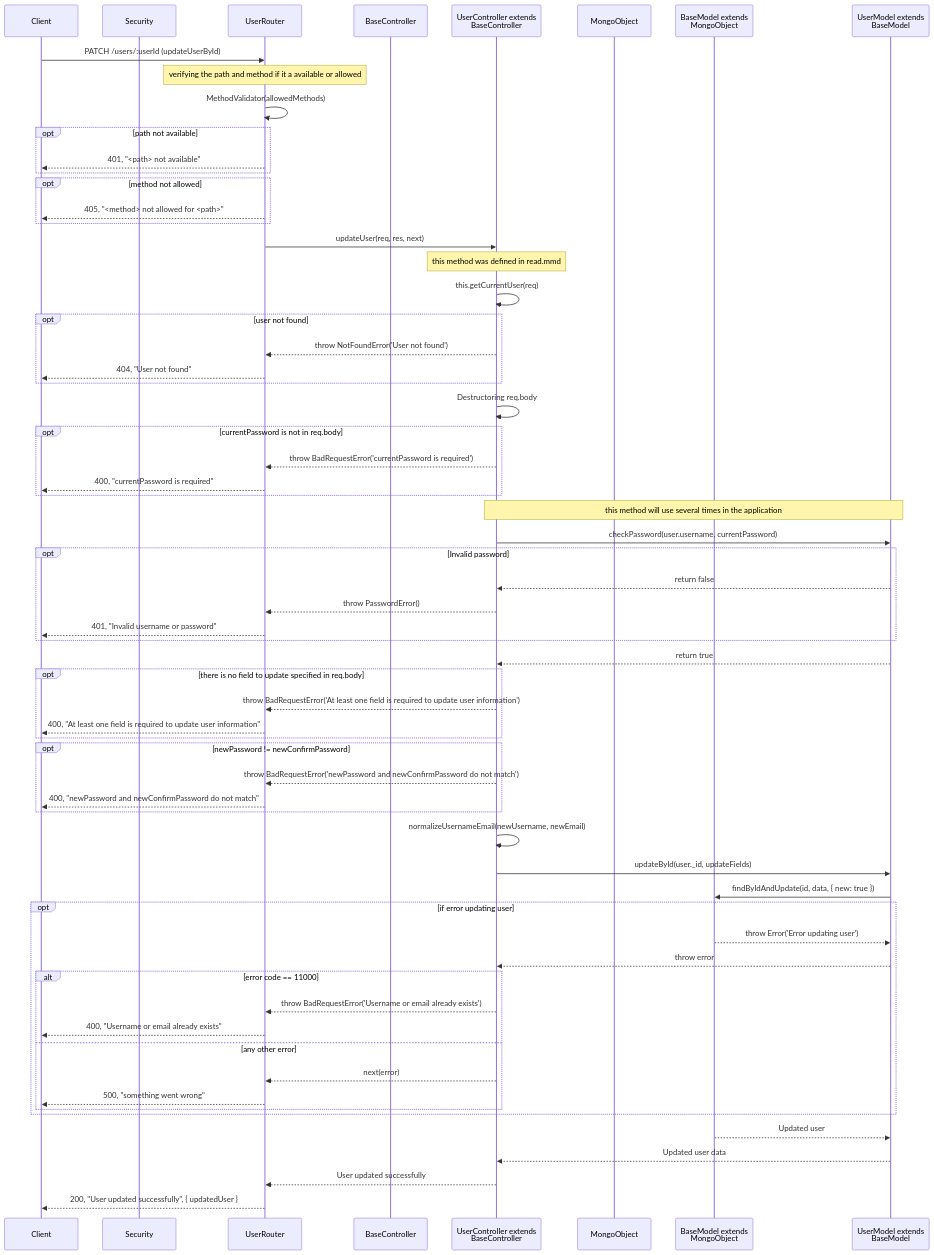
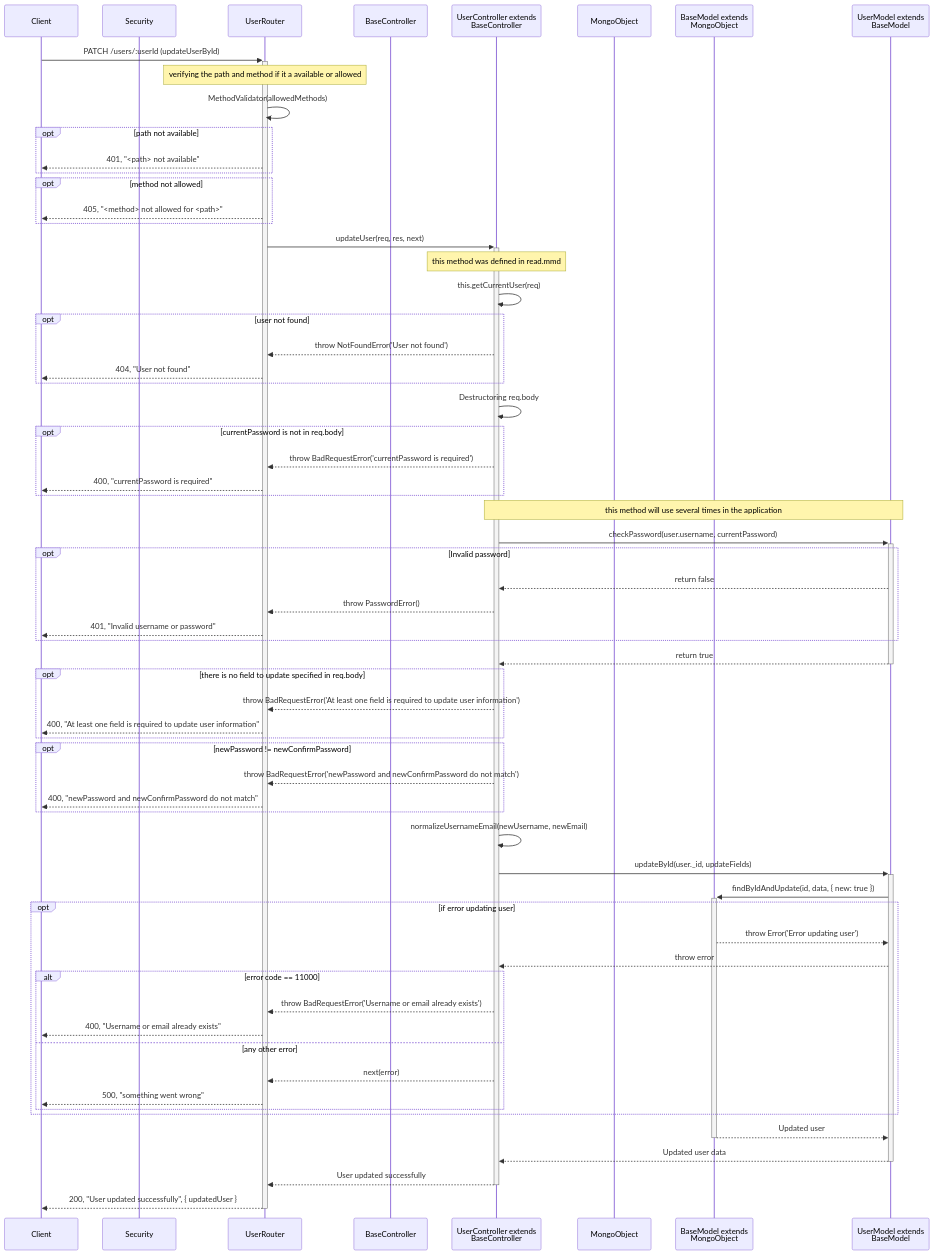
One commit to SawatKia/WealthTracking changed the diagram in design/newClassesDesign/UserManagement/update.mmd. Above: the diagram before and after it, drawn with Mermaid. The commit also changed 2 other files, not shown here.

Commit message:
chore: Refactor UserManagement add activation box

```diff
--- a/design/newClassesDesign/UserManagement/update.mmd
+++ b/design/newClassesDesign/UserManagement/update.mmd
@@ -1,66 +1,66 @@
 sequenceDiagram
     participant Client
     participant Sec as Security
     participant UserRouter as UserRouter
     participant BaseCont as BaseController
     participant UserCont as UserController extends<br> BaseController
     participant Mongo as MongoObject
     participant BaseModel as BaseModel extends<br> MongoObject
     participant Model as UserModel extends<br> BaseModel
 
     %% Update User
-    Client->>UserRouter: PATCH /users/:userId (updateUserById)
+    Client->>+UserRouter: PATCH /users/:userId (updateUserById)
     Note over UserRouter : verifying the path and method if it a available or allowed
     UserRouter->>UserRouter: MethodValidator(allowedMethods)
     opt path not available
         UserRouter-->>Client: 401, "<path> not available"
     end
     opt method not allowed
         UserRouter-->>Client: 405, "<method> not allowed for <path>"
     end
-    UserRouter->>UserCont: updateUser(req, res, next)
+    UserRouter->>+UserCont: updateUser(req, res, next)
     Note over UserCont: this method was defined in read.mmd
     UserCont->>UserCont: this.getCurrentUser(req)
     opt user not found
         UserCont-->>UserRouter: throw NotFoundError('User not found')
         UserRouter-->>Client: 404, "User not found"
     end
     UserCont->>UserCont: Destructoring req.body
     opt currentPassword is not in req.body
         UserCont-->>UserRouter: throw BadRequestError('currentPassword is required')
         UserRouter-->>Client: 400, "currentPassword is required"
     end
     Note over UserCont, Model: this method will use several times in the application
-    UserCont->>Model: checkPassword(user.username, currentPassword)
+    UserCont->>+Model: checkPassword(user.username, currentPassword)
     opt Invalid password
         Model-->>UserCont: return false
         UserCont-->>UserRouter: throw PasswordError()
         UserRouter-->>Client: 401, "Invalid username or password"
     end
-    Model-->>UserCont: return true
+    Model-->>-UserCont: return true
     opt there is no field to update specified in req.body
         UserCont-->>UserRouter: throw BadRequestError('At least one field is required to update user information')
         UserRouter-->>Client: 400, "At least one field is required to update user information"
     end
     opt newPassword != newConfirmPassword
         UserCont-->>UserRouter: throw BadRequestError('newPassword and newConfirmPassword do not match')
         UserRouter-->>Client: 400, "newPassword and newConfirmPassword do not match"
     end
     UserCont->>UserCont: normalizeUsernameEmail(newUsername, newEmail)
-    UserCont->>Model: updateById(user._id, updateFields)
-    Model->>BaseModel: findByIdAndUpdate(id, data, { new: true })
+    UserCont->>+Model: updateById(user._id, updateFields)
+    Model->>+BaseModel: findByIdAndUpdate(id, data, { new: true })
     opt if error updating user
         BaseModel-->>Model: throw Error('Error updating user')
         Model-->>UserCont: throw error
         alt error code == 11000
             UserCont-->>UserRouter: throw BadRequestError('Username or email already exists')
             UserRouter-->>Client: 400, "Username or email already exists"
         else any other error
             UserCont-->>UserRouter: next(error)
             UserRouter-->>Client: 500, "something went wrong"
         end
     end
-    BaseModel-->>Model: Updated user
-    Model-->>UserCont: Updated user data
-    UserCont-->>UserRouter: User updated successfully
-    UserRouter-->>Client: 200, "User updated successfully", { updatedUser }
+    BaseModel-->>-Model: Updated user
+    Model-->>-UserCont: Updated user data
+    UserCont-->>-UserRouter: User updated successfully
+    UserRouter-->>-Client: 200, "User updated successfully", { updatedUser }
```
